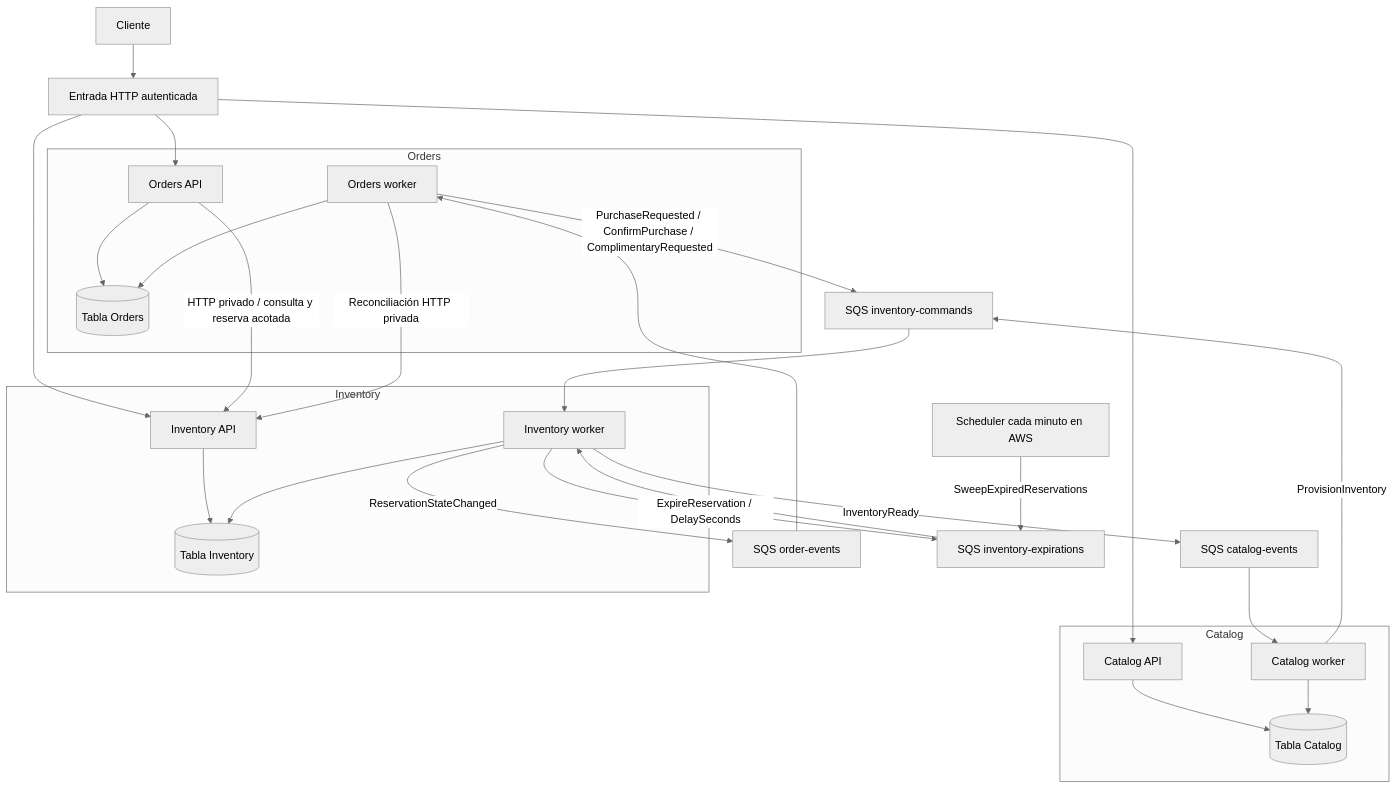
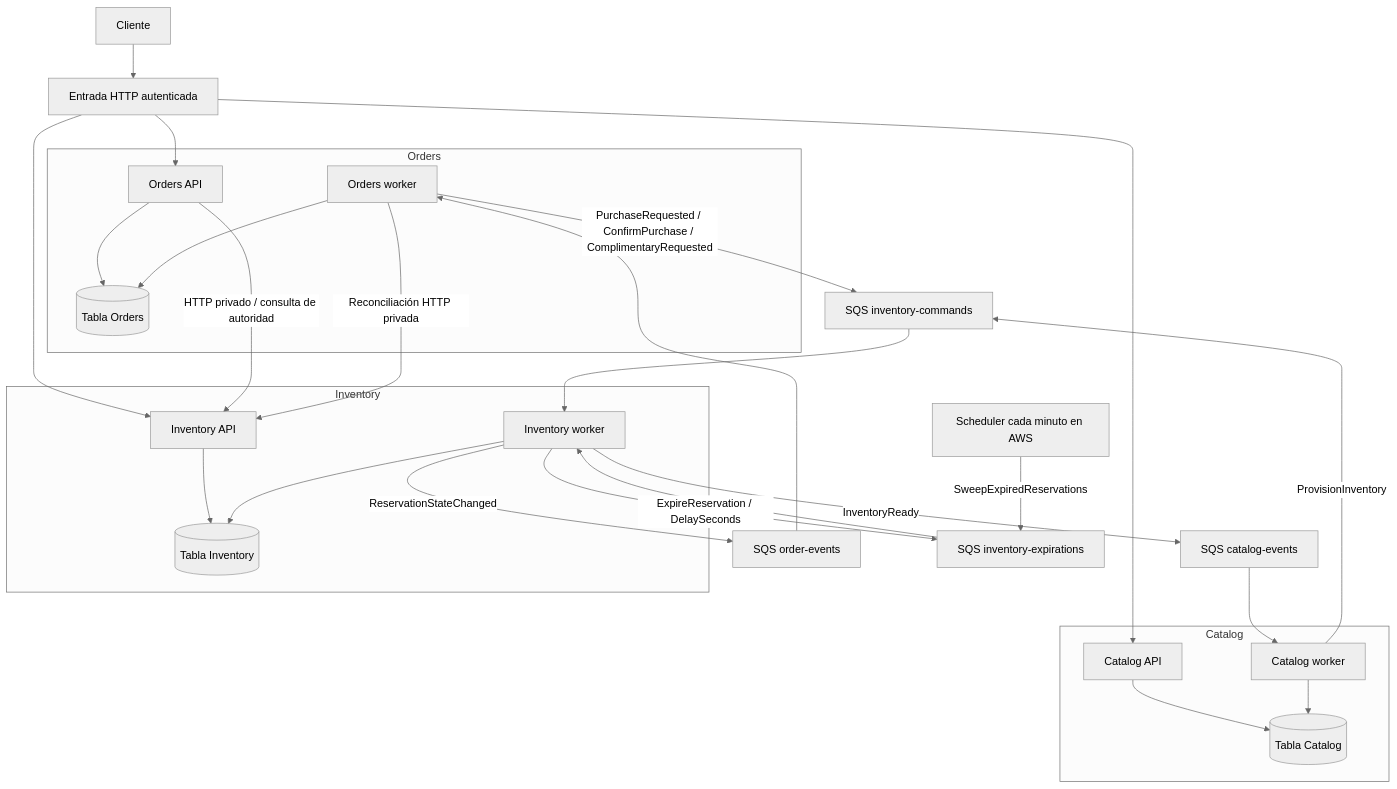
Before and after one commit to dorlanpabon/ticketing-platform: the diagram in docs/architecture-runtime.md, drawn with Mermaid (neutral theme). The commit also changed other lines of this file and 10 other files, not shown here.

````diff
--- a/docs/architecture-runtime.md
+++ b/docs/architecture-runtime.md
@@ -19,33 +19,33 @@
 ```mermaid
 flowchart TB
   Client[Cliente] --> Edge[Entrada HTTP autenticada]
   Edge --> CA[Catalog API]
   Edge --> OA[Orders API]
   Edge --> IA[Inventory API]
-  OA -->|HTTP privado / consulta y reserva acotada| IA
+  OA -->|HTTP privado / consulta de autoridad| IA
   OW[Orders worker] -->|Reconciliación HTTP privada| IA
 
   subgraph Catalog
     CA --> CD[(Tabla Catalog)]
     CW[Catalog worker] --> CD
   end
   subgraph Orders
     OA --> OD[(Tabla Orders)]
     OW --> OD
   end
   subgraph Inventory
     IA --> ID[(Tabla Inventory)]
     IW[Inventory worker] --> ID
   end
 
   CW -->|ProvisionInventory| Commands[SQS inventory-commands]
   OW -->|PurchaseRequested / ConfirmPurchase / ComplimentaryRequested| Commands
   Commands --> IW
   IW -->|InventoryReady| CE[SQS catalog-events]
   CE --> CW
   IW -->|ReservationStateChanged| OE[SQS order-events]
   OE --> OW
   IW -->|ExpireReservation / DelaySeconds| Expiry[SQS inventory-expirations]
   Scheduler[Scheduler cada minuto en AWS] -->|SweepExpiredReservations| Expiry
   Expiry --> IW
 ```
````
